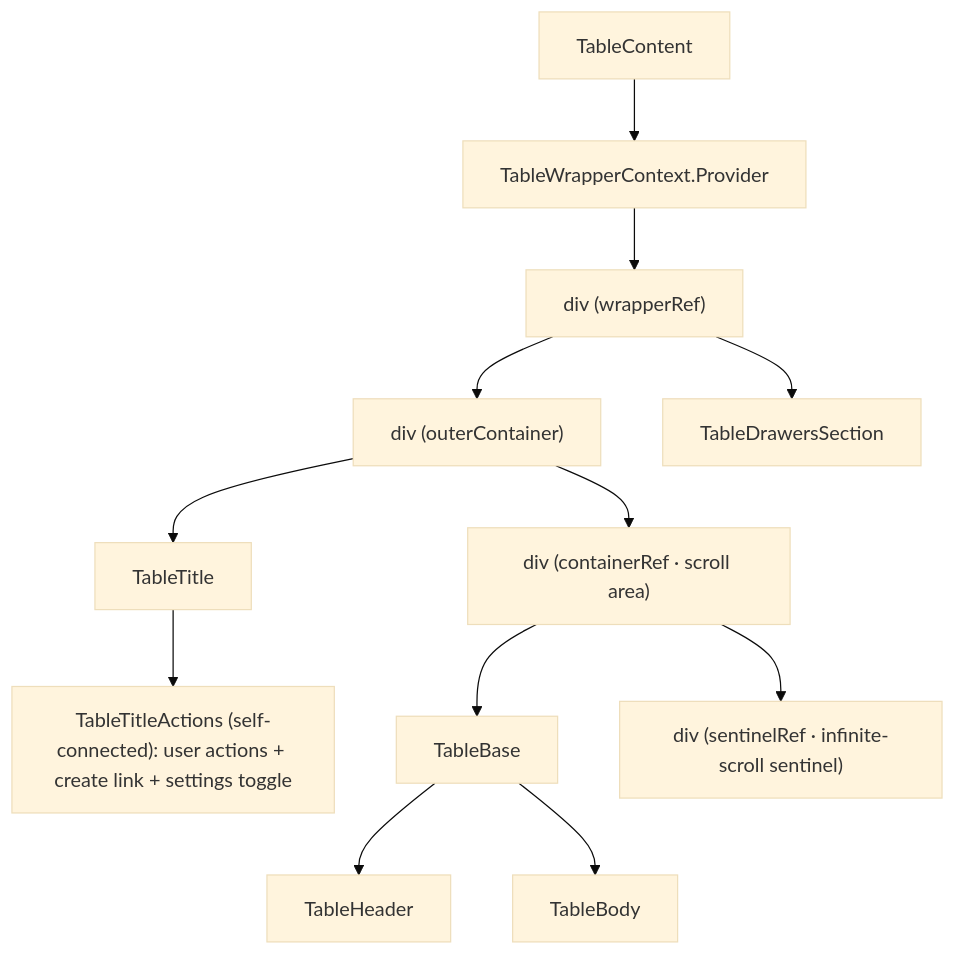
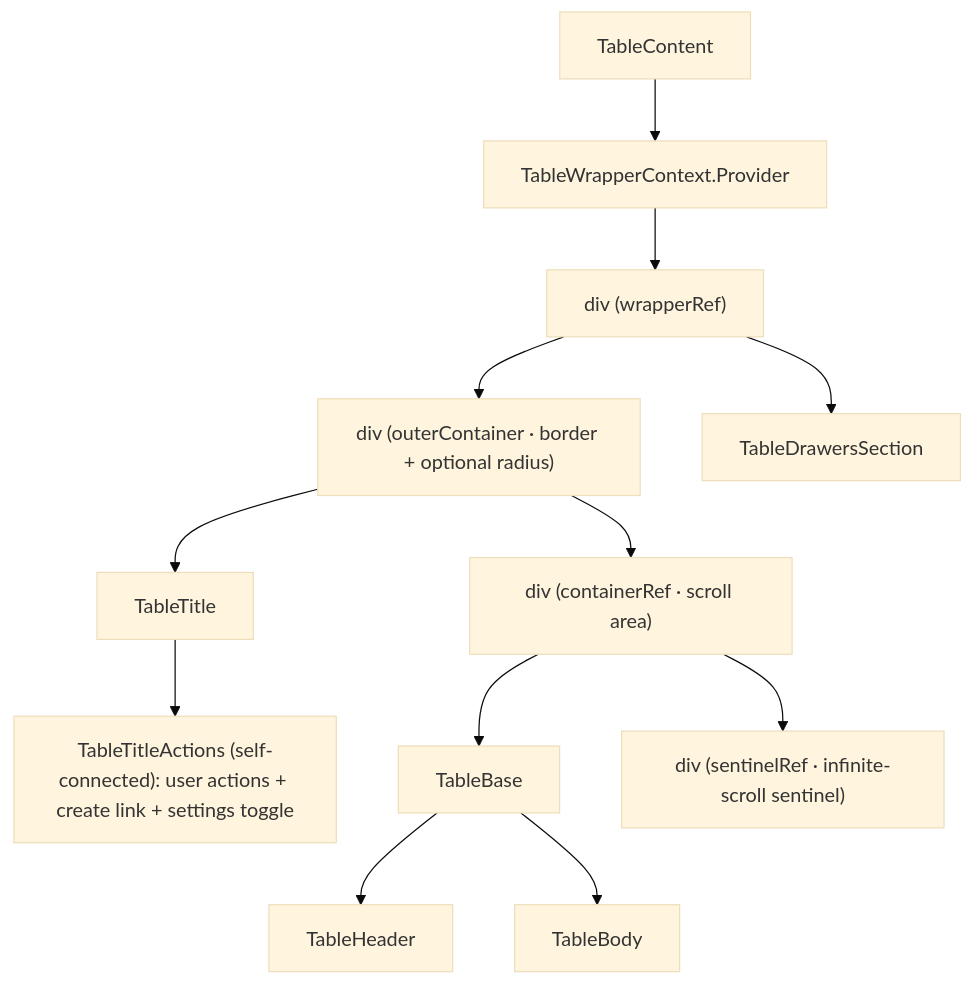
Before and after one commit to luciocabrera/lcabrera-stack: the first of 2 diagrams in packages/ui/src/components/Table/TableContent/ARCHITECTURE.md, drawn with Mermaid (base theme). The commit also changed other lines of this file and 13 other files, not shown here.

````diff
--- a/packages/ui/src/components/Table/TableContent/ARCHITECTURE.md
+++ b/packages/ui/src/components/Table/TableContent/ARCHITECTURE.md
@@ -23,17 +23,17 @@
 ```mermaid
 graph TD
   TC["TableContent"] --> TWC["TableWrapperContext.Provider"]
   TWC --> Wrapper["div (wrapperRef)"]
 
-  Wrapper --> Outer["div (outerContainer)"]
+  Wrapper --> Outer["div (outerContainer · border + optional radius)"]
   Wrapper --> Drawers["TableDrawersSection"]
 
   Outer --> Title["TableTitle"]
   Title --> Actions["TableTitleActions (self-connected): user actions + create link + settings toggle"]
   Outer --> Scroll["div (containerRef · scroll area)"]
 
   Scroll --> TB["TableBase"]
   TB --> TH["TableHeader"]
   TB --> TBody["TableBody"]
   Scroll --> Sentinel["div (sentinelRef · infinite-scroll sentinel)"]
 ```
````
